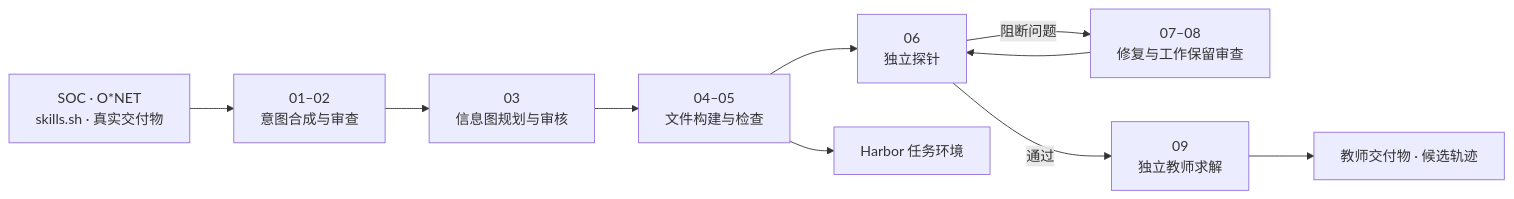
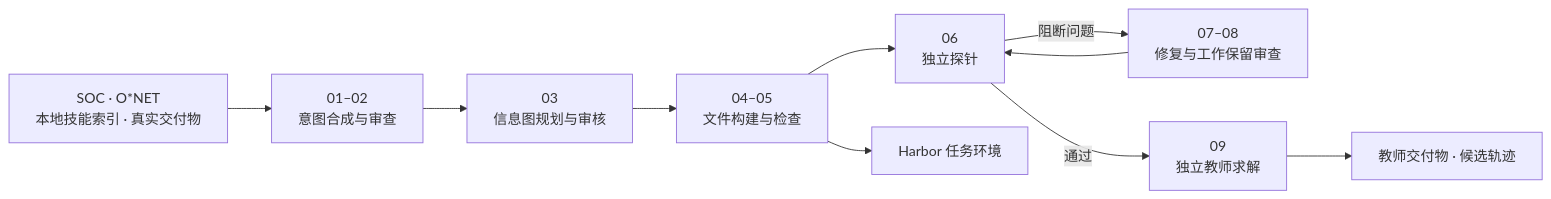
Before and after one commit to zorengao1/workfactory-pipeline: the diagram in README.md, drawn with Mermaid. The commit also changed other lines of this file and 25 other files, not shown here.

```diff
--- a/README.md
+++ b/README.md
@@ -17,12 +17,12 @@
 ~~~mermaid
 flowchart LR
-    A["SOC · O*NET<br/>skills.sh · 真实交付物"] --> B["01–02<br/>意图合成与审查"]
+    A["SOC · O*NET<br/>本地技能索引 · 真实交付物"] --> B["01–02<br/>意图合成与审查"]
     B --> C["03<br/>信息图规划与审核"]
     C --> D["04–05<br/>文件构建与检查"]
     D --> E["06<br/>独立探针"]
     E -->|阻断问题| F["07–08<br/>修复与工作保留审查"]
     F --> E
     E -->|通过| G["09<br/>独立教师求解"]
     D --> H["Harbor 任务环境"]
     G --> I["教师交付物 · 候选轨迹"]
 ~~~
```
